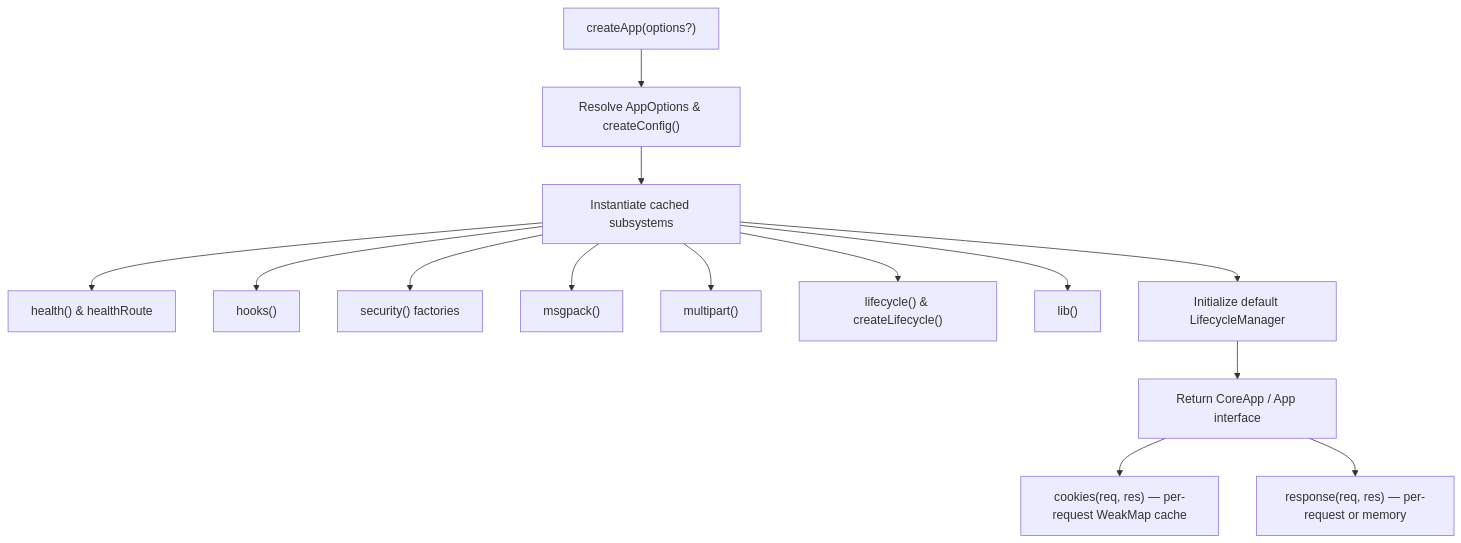
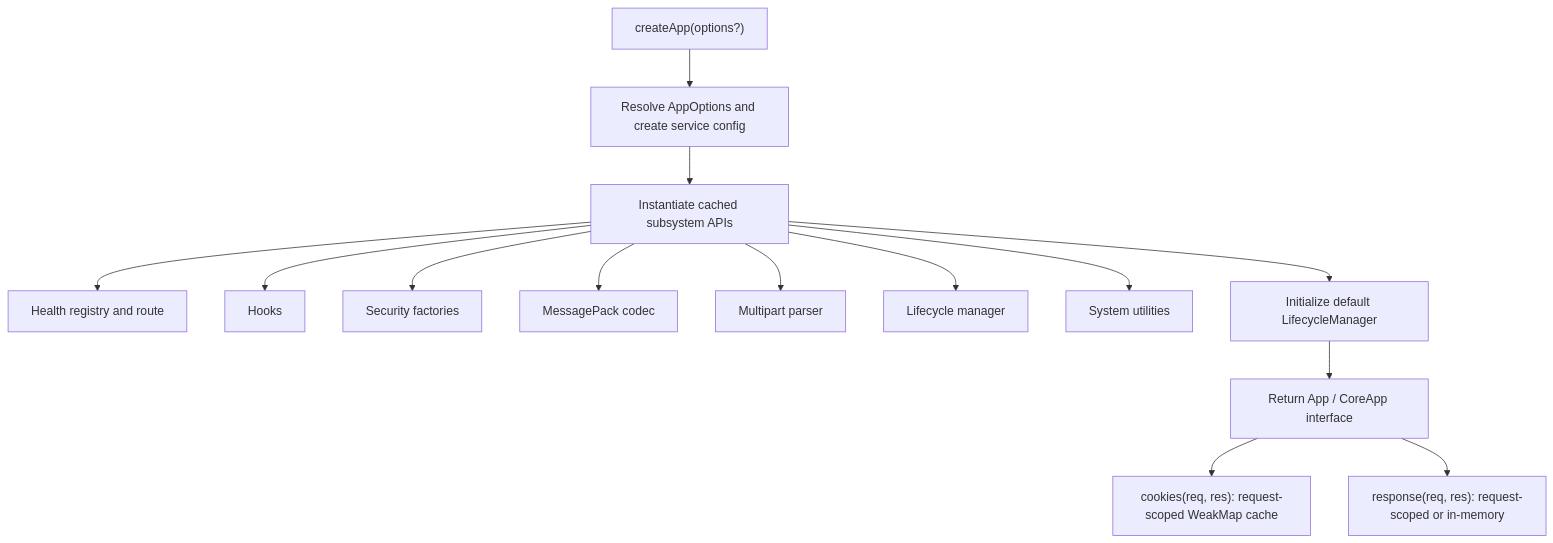
Before and after one commit to oneunitjs/core: the diagram in ARCHITECTURAL_OVERVIEW.md, drawn with Mermaid. The commit also changed other lines of this file and 27 other files, not shown here.

````diff
--- a/ARCHITECTURAL_OVERVIEW.md
+++ b/ARCHITECTURAL_OVERVIEW.md
@@ -156,16 +1018,16 @@
 ```mermaid
 flowchart TD
-    A["createApp(options?)"] --> B["Resolve AppOptions & createConfig()"]
-    B --> C["Instantiate cached subsystems"]
-    C --> C1["health() & healthRoute"]
-    C --> C2["hooks()"]
-    C --> C3["security() factories"]
-    C --> C4["msgpack()"]
-    C --> C5["multipart()"]
-    C --> C6["lifecycle() & createLifecycle()"]
-    C --> C7["lib()"]
+    A["createApp(options?)"] --> B["Resolve AppOptions and create service config"]
+    B --> C["Instantiate cached subsystem APIs"]
+    C --> C1["Health registry and route"]
+    C --> C2["Hooks"]
+    C --> C3["Security factories"]
+    C --> C4["MessagePack codec"]
+    C --> C5["Multipart parser"]
+    C --> C6["Lifecycle manager"]
+    C --> C7["System utilities"]
     C --> D["Initialize default LifecycleManager"]
-    D --> E["Return CoreApp / App interface"]
-    E --> F["cookies(req, res) — per-request WeakMap cache"]
-    E --> G["response(req, res) — per-request or memory"]
+    D --> E["Return App / CoreApp interface"]
+    E --> F["cookies(req, res): request-scoped WeakMap cache"]
+    E --> G["response(req, res): request-scoped or in-memory"]
 ```
````
